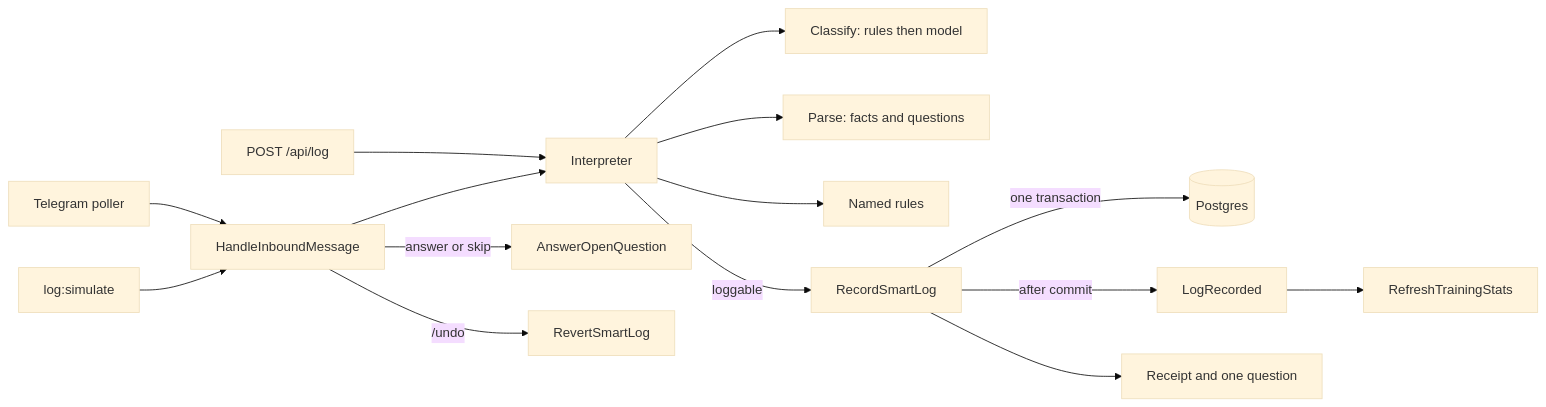
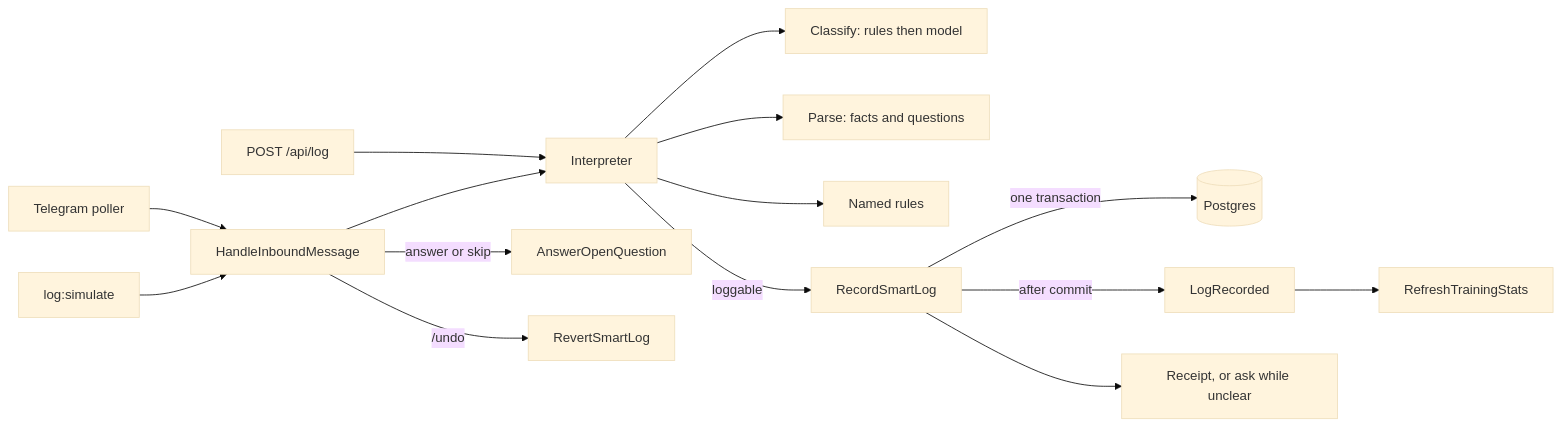
The diagram in PROJECT.md (Hersh3yy/work-it-out), drawn with Mermaid (base theme) before and after one commit. The commit also changed other lines of this file and 1 other file, not shown here.

Commit message:
Plan: ask while unclear, no question cap; map handoff entry

````diff
--- a/PROJECT.md
+++ b/PROJECT.md
@@ -78,17 +78,17 @@
 ```mermaid
 flowchart LR
   TG["Telegram poller"] --> HIM["HandleInboundMessage"]
   SIM["log:simulate"] --> HIM
   HTTP["POST /api/log"] --> INT
   HIM -->|"answer or skip"| AOQ["AnswerOpenQuestion"]
   HIM -->|"/undo"| REV["RevertSmartLog"]
   HIM --> INT["Interpreter"]
   INT --> CLS["Classify: rules then model"]
   INT --> PAR["Parse: facts and questions"]
   INT --> RUL["Named rules"]
   INT -->|"loggable"| REC["RecordSmartLog"]
   REC -->|"one transaction"| DB[("Postgres")]
   REC -->|"after commit"| EVT["LogRecorded"]
   EVT --> STATS["RefreshTrainingStats"]
-  REC --> RCPT["Receipt and one question"]
+  REC --> RCPT["Receipt, or ask while unclear"]
 ```
````
